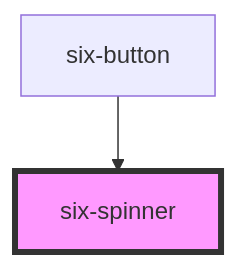
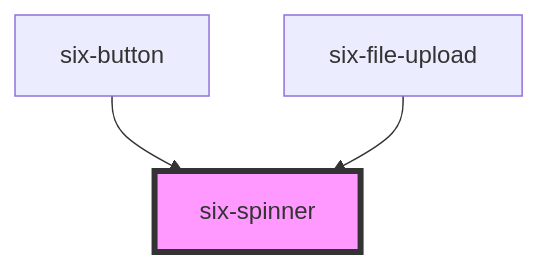
Before and after one commit to six-group/six-webcomponents: the diagram in docs/components/six-spinner.md, drawn with Mermaid. The commit also changed other lines of this file and 12 other files, not shown here.

````diff
--- a/docs/components/six-spinner.md
+++ b/docs/components/six-spinner.md
@@ -122,5 +123,6 @@
 ```mermaid
 graph TD;
   six-button --> six-spinner
+  six-file-upload --> six-spinner
   style six-spinner fill:#f9f,stroke:#333,stroke-width:4px
 ```
````
